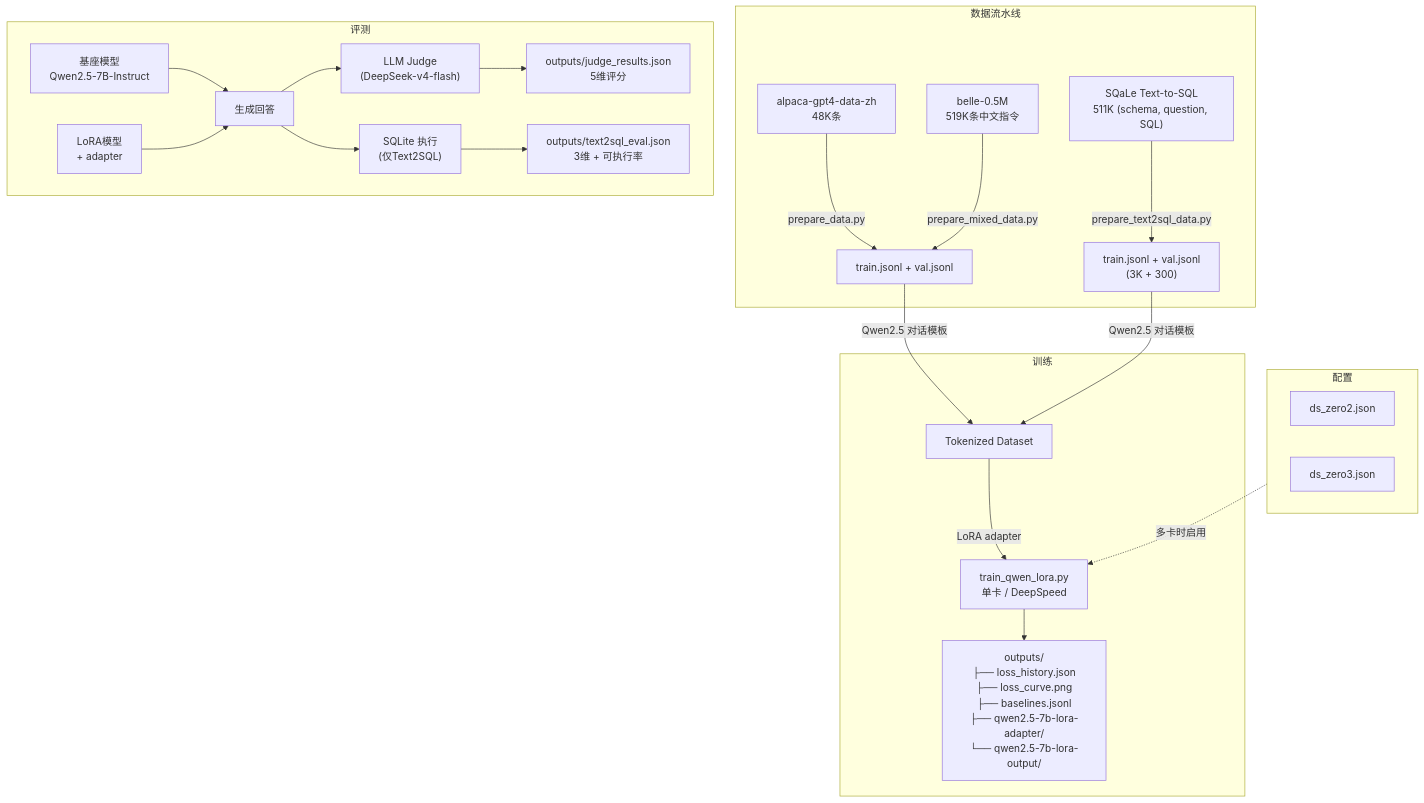
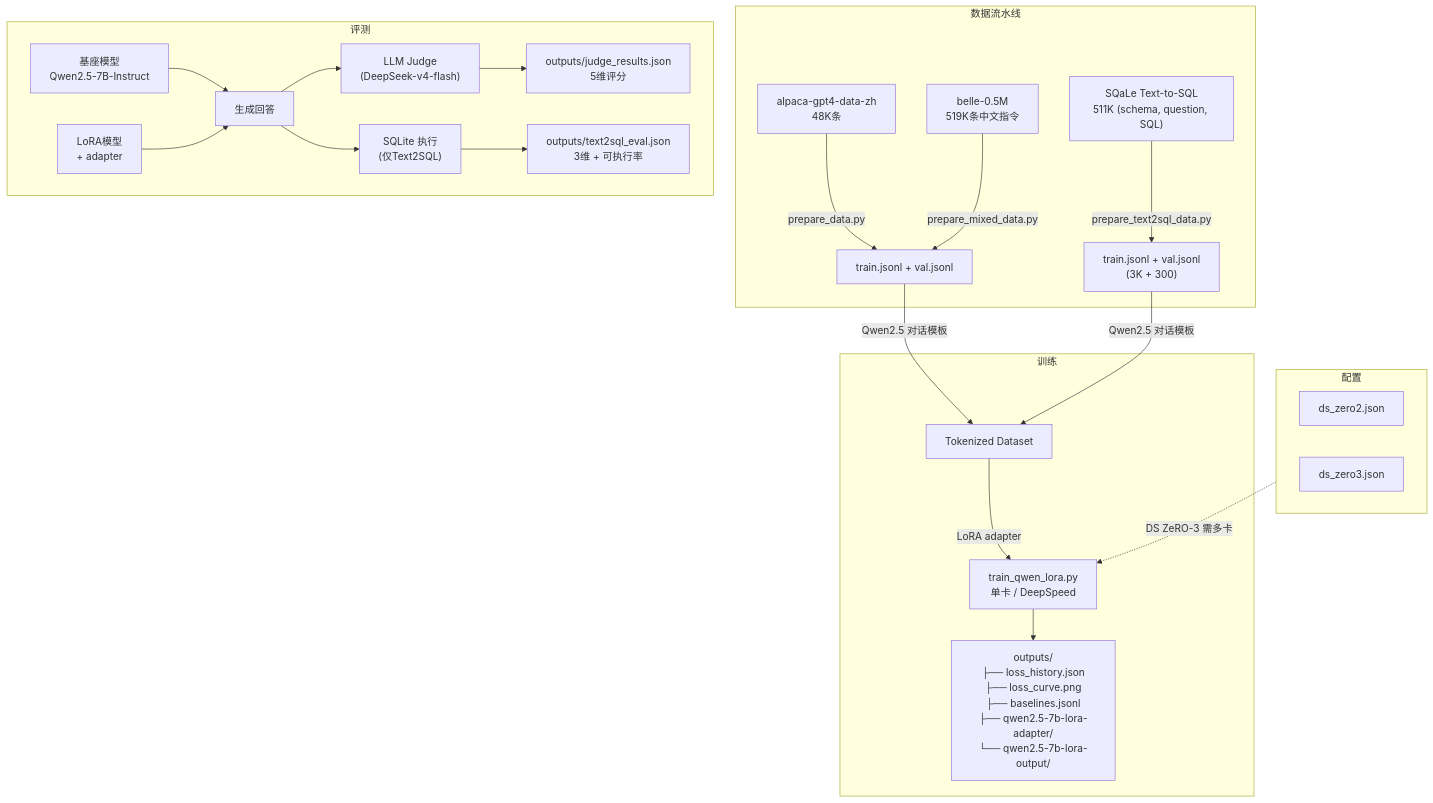
Before and after one commit to QingGo/qwen-lora-project: the first of 4 diagrams in README_CN.md, drawn with Mermaid. The commit also changed other lines of this file and 3 other files, not shown here.

````diff
--- a/README_CN.md
+++ b/README_CN.md
@@ -9,30 +9,30 @@
 ```mermaid
 graph TD
     subgraph Data["数据流水线"]
         CSV["alpaca-gpt4-data-zh<br/>48K条"] -->|prepare_data.py| JSONL1["train.jsonl + val.jsonl"]
         BELLE["belle-0.5M<br/>519K条中文指令"] -->|prepare_mixed_data.py| JSONL1
         SQaLe["SQaLe Text-to-SQL<br/>511K (schema, question, SQL)"] -->|prepare_text2sql_data.py| JSONL2["train.jsonl + val.jsonl<br/>(3K + 300)"]
     end
 
     subgraph Training["训练"]
         JSONL1 & JSONL2 -->|Qwen2.5 对话模板| Tok["Tokenized Dataset"]
         Tok -->|LoRA adapter| Train["train_qwen_lora.py<br/>单卡 / DeepSpeed"]
         Train --> Output["outputs/<br/>├── loss_history.json<br/>├── loss_curve.png<br/>├── baselines.jsonl<br/>├── qwen2.5-7b-lora-adapter/<br/>└── qwen2.5-7b-lora-output/"]
     end
 
     subgraph Eval["评测"]
         Base["基座模型<br/>Qwen2.5-7B-Instruct"] --> Gen["生成回答"]
         Lora["LoRA模型<br/>+ adapter"] --> Gen
         Gen --> Judge["LLM Judge<br/>(DeepSeek-v4-flash)"]
         Judge --> Report["outputs/judge_results.json<br/>5维评分"]
         Gen --> SQLite["SQLite 执行<br/>(仅Text2SQL)"]
         SQLite --> Report2["outputs/text2sql_eval.json<br/>3维 + 可执行率"]
     end
 
     subgraph Config["配置"]
         DS2["ds_zero2.json"]
         DS3["ds_zero3.json"]
     end
 
-    Config -.->|多卡时启用| Train
+    Config -.->|DS ZeRO-3 需多卡| Train
 ```
````
